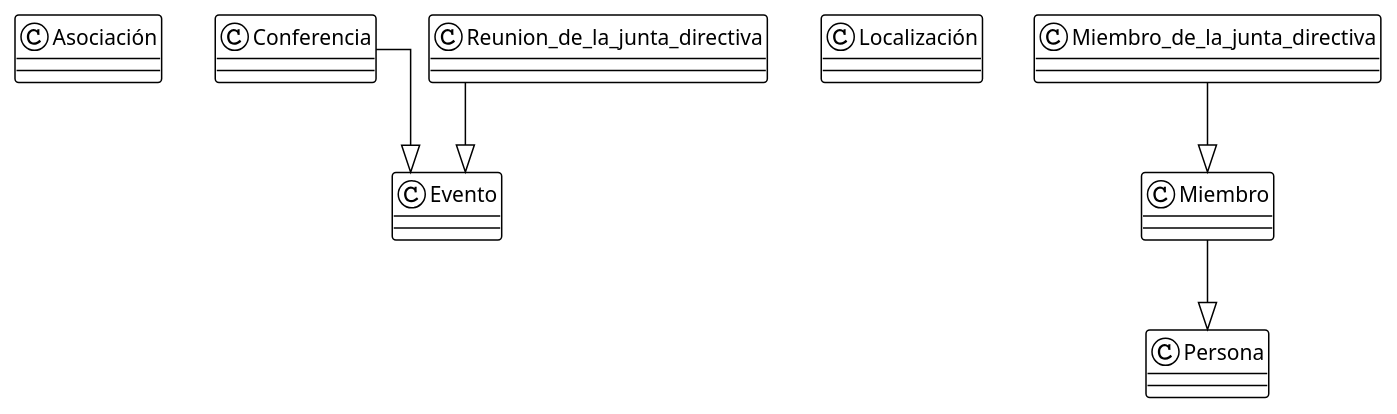
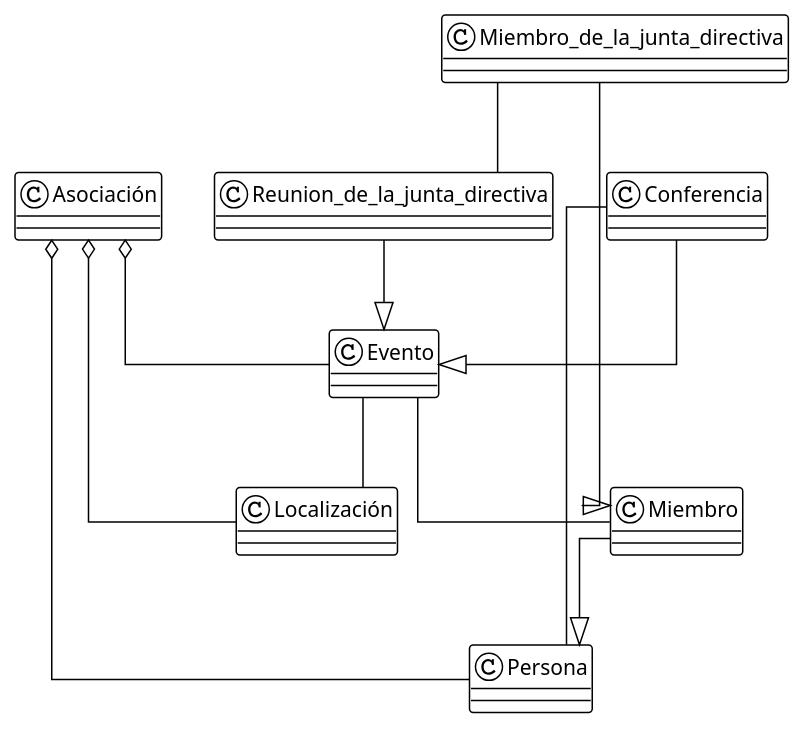
The diagram in src/IvanUML.puml (Ivandorum/UMLClasesIvan), drawn with PlantUML before and after one commit. The commit also changed 1 other file, not shown here.

```diff
--- a/src/IvanUML.puml
+++ b/src/IvanUML.puml
@@ -1,24 +1,31 @@
 @startuml
 
 !theme plain
 top to bottom direction
 skinparam linetype ortho
 
 class Asociación
 class Conferencia
 class Evento
 class Localización
 class Miembro
 class Miembro_de_la_junta_directiva
 class Persona
 class Reunion_de_la_junta_directiva
 
 Conferencia                    --^  Evento
 Reunion_de_la_junta_directiva  --^  Evento
 
 Miembro                        --^  Persona
 Miembro_de_la_junta_directiva  --^  Miembro
 
+Asociación o--  Localización
+Asociación o--  Evento
+Asociación o--  Persona
 
+Conferencia  --  Persona
+Evento  --  Miembro
+Evento  --  Localización
+Miembro_de_la_junta_directiva --  Reunion_de_la_junta_directiva
 
 @enduml
```
